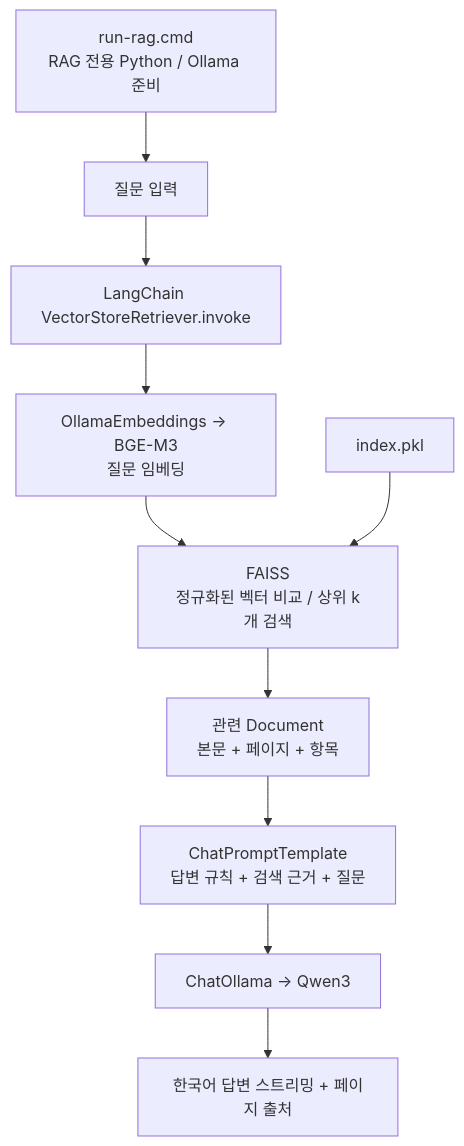
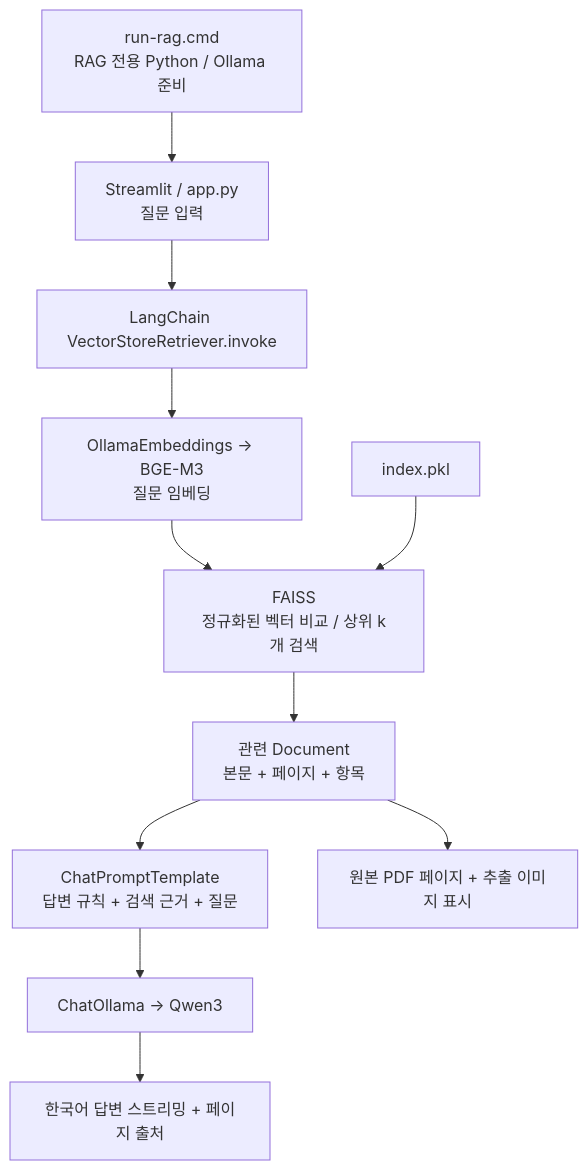
The second of 2 diagrams in README.md (jimjimjinger/rag_activity), drawn with Mermaid before and after one commit. The commit also changed other lines of this file and 492 other files, not shown here.

````diff
--- a/README.md
+++ b/README.md
@@ -81,12 +116,13 @@
 ```mermaid
 flowchart TD
-    RUN["run-rag.cmd<br/>RAG 전용 Python / Ollama 준비"] --> Q["질문 입력"]
+    RUN["run-rag.cmd<br/>RAG 전용 Python / Ollama 준비"] --> Q["Streamlit / app.py<br/>질문 입력"]
     Q --> RETRIEVER["LangChain VectorStoreRetriever.invoke"]
     RETRIEVER --> EMBED["OllamaEmbeddings → BGE-M3<br/>질문 임베딩"]
     EMBED --> SEARCH["FAISS<br/>정규화된 벡터 비교 / 상위 k개 검색"]
     INDEX["index.pkl"] --> SEARCH
     SEARCH --> DOCS["관련 Document<br/>본문 + 페이지 + 항목"]
     DOCS --> PROMPT["ChatPromptTemplate<br/>답변 규칙 + 검색 근거 + 질문"]
     PROMPT --> QWEN["ChatOllama → Qwen3"]
     QWEN --> ANSWER["한국어 답변 스트리밍 + 페이지 출처"]
+    DOCS --> VIEW["원본 PDF 페이지 + 추출 이미지 표시"]
 ```
````
